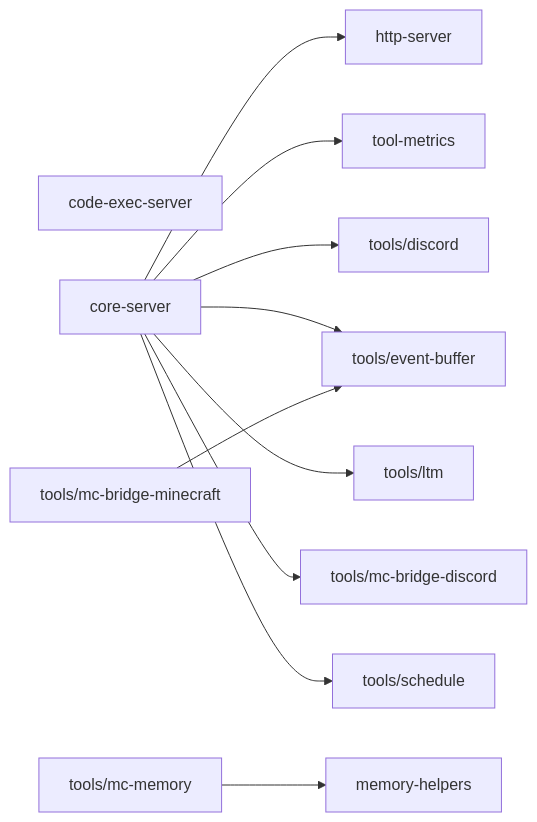
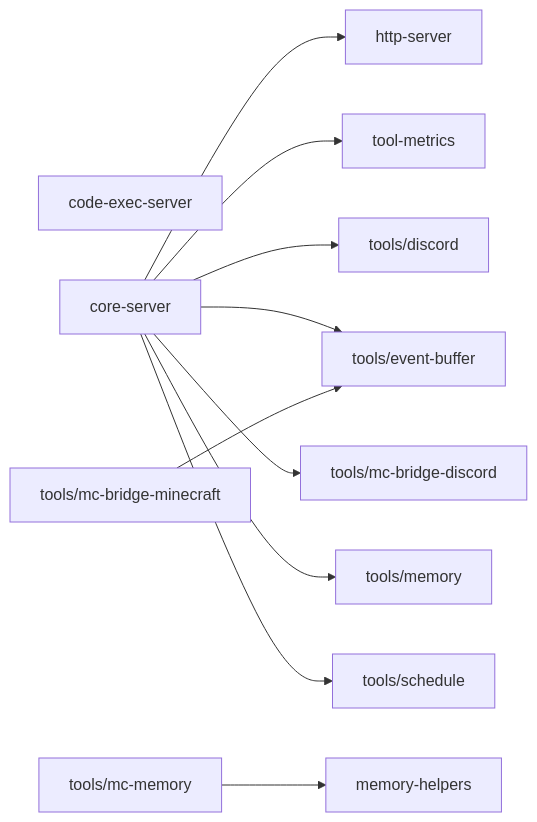
The diagram in packages/mcp/DEPS.md (OJII3/vicissitude), drawn with Mermaid before and after one commit. The commit also changed other lines of this file and 101 other files, not shown here.

First line of the commit message:
refactor: LTM → Memory 全面リネーム (#271)

````diff
--- a/packages/mcp/DEPS.md
+++ b/packages/mcp/DEPS.md
@@ -7,21 +7,21 @@
 ```mermaid
 graph LR
   code_exec_server["code-exec-server"]
   core_server["core-server"] --> http_server["http-server"]
   core_server["core-server"] --> tool_metrics["tool-metrics"]
   core_server["core-server"] --> tools_discord["tools/discord"]
   core_server["core-server"] --> tools_event_buffer["tools/event-buffer"]
-  core_server["core-server"] --> tools_ltm["tools/ltm"]
   core_server["core-server"] --> tools_mc_bridge_discord["tools/mc-bridge-discord"]
+  core_server["core-server"] --> tools_memory["tools/memory"]
   core_server["core-server"] --> tools_schedule["tools/schedule"]
   http_server["http-server"]
   memory_helpers["memory-helpers"]
   tool_metrics["tool-metrics"]
   tools_discord["tools/discord"]
   tools_event_buffer["tools/event-buffer"]
-  tools_ltm["tools/ltm"]
   tools_mc_bridge_discord["tools/mc-bridge-discord"]
   tools_mc_bridge_minecraft["tools/mc-bridge-minecraft"] --> tools_event_buffer["tools/event-buffer"]
   tools_mc_memory["tools/mc-memory"] --> memory_helpers["memory-helpers"]
+  tools_memory["tools/memory"]
   tools_schedule["tools/schedule"]
 ```
````
